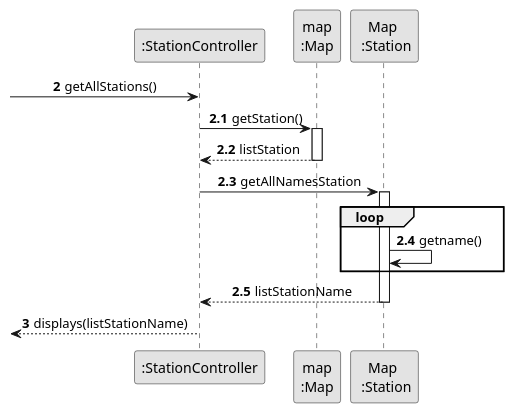
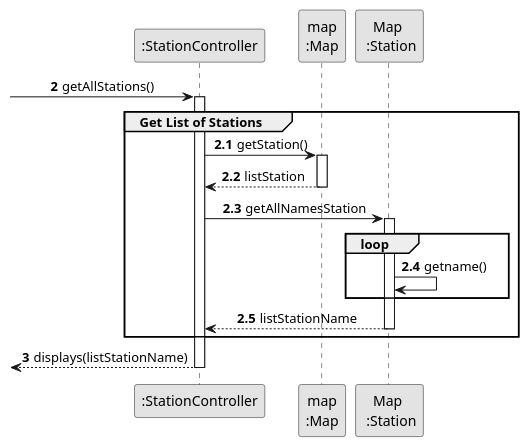
One commit to 1240826/empire-on-tracks changed the diagram in docs/system-documentation/US007/03.design/puml/US007-SD-partial-get-all-stations.puml. Above: the diagram before and after it, drawn with PlantUML. The commit also changed 11 other files, not shown here.

```diff
--- a/docs/system-documentation/US007/03.design/puml/US007-SD-partial-get-all-stations.puml
+++ b/docs/system-documentation/US007/03.design/puml/US007-SD-partial-get-all-stations.puml
@@ -1,27 +1,33 @@
 @startuml
 skinparam monochrome true
 skinparam packageStyle rectangle
 skinparam shadowing false
 skinparam sequenceMessageAlign center
 autonumber 2
 
 participant ":StationController" as CTRL
 participant "map\n:Map" as REPOS
 participant "Map \n :Station" as REPOS_SINGLETON
+
 -> CTRL : getAllStations()
+activate CTRL
 autonumber 2.1
+group Get List of Stations
 CTRL -> REPOS : getStation()
 activate REPOS
 REPOS --> CTRL: listStation
 deactivate REPOS
 
 CTRL -> REPOS_SINGLETON : getAllNamesStation
 activate REPOS_SINGLETON
 loop
     REPOS_SINGLETON -> REPOS_SINGLETON : getname()
 end
 REPOS_SINGLETON --> CTRL: listStationName
 deactivate REPOS_SINGLETON
+end
 autonumber 3
+
 <-- CTRL: displays(listStationName)
+deactivate CTRL
 @enduml
```
